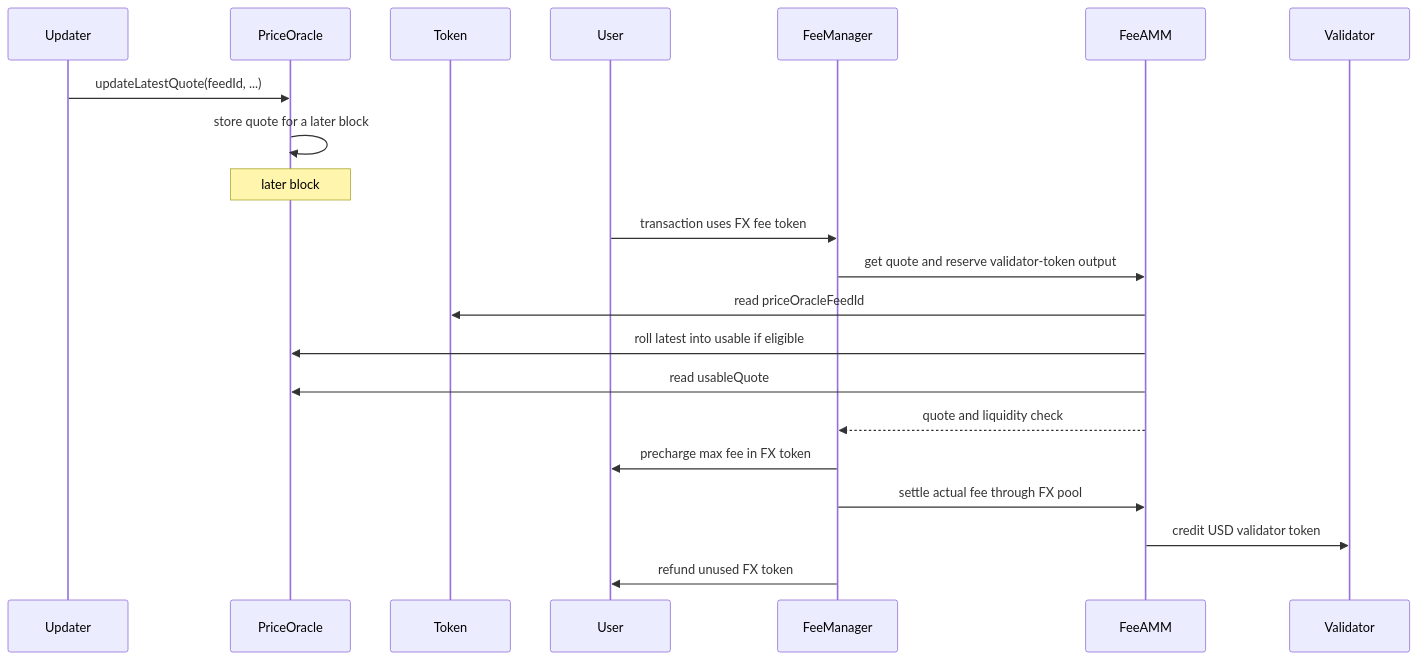
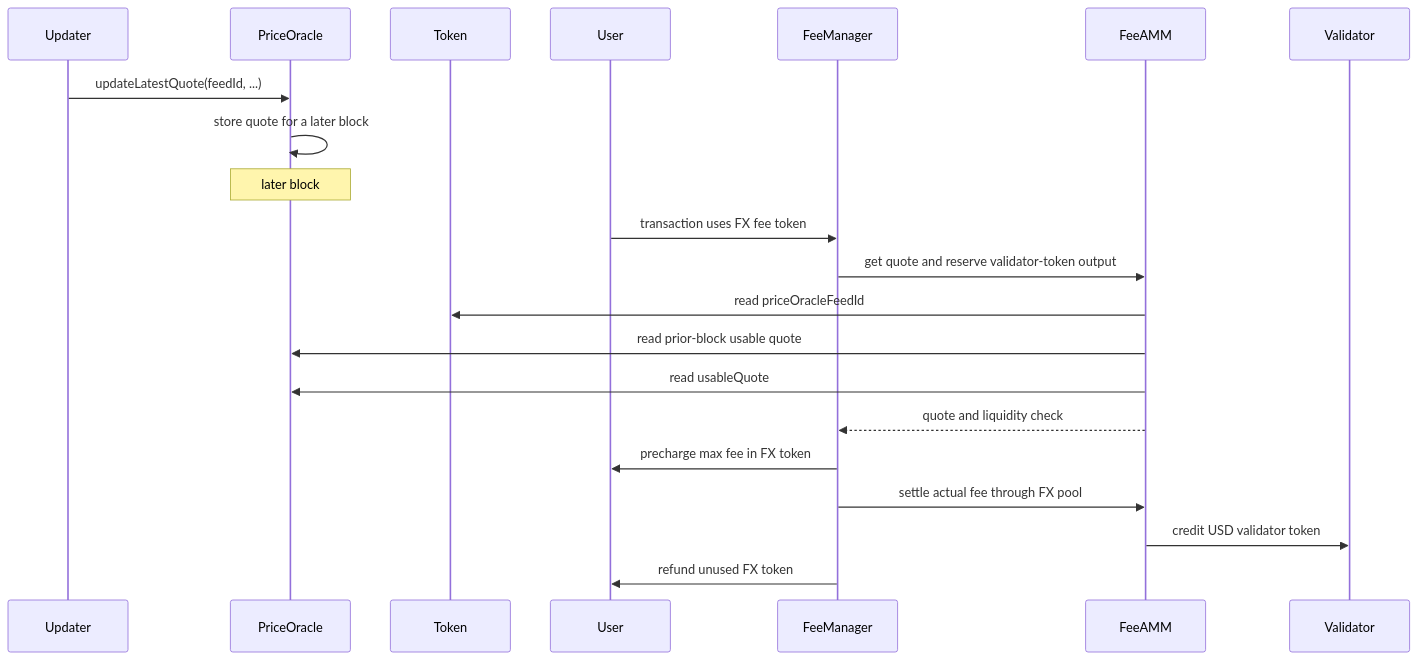
One commit to tempoxyz/tempo changed the diagram in tips/tip-1054.md. Above: the diagram before and after it, drawn with Mermaid. The commit also changed other lines of this file, not shown here.

Commit message:
docs(tip-1054): address oracle feed feedback

````diff
--- a/tips/tip-1054.md
+++ b/tips/tip-1054.md
@@ -38,24 +38,24 @@
 ```mermaid
 sequenceDiagram
     participant Updater
     participant PriceOracle
     participant Token
     participant User
     participant FeeManager
     participant FeeAMM
     participant Validator
 
     Updater->>PriceOracle: updateLatestQuote(feedId, ...)
     PriceOracle->>PriceOracle: store quote for a later block
     Note over PriceOracle: later block
     User->>FeeManager: transaction uses FX fee token
     FeeManager->>FeeAMM: get quote and reserve validator-token output
     FeeAMM->>Token: read priceOracleFeedId
-    FeeAMM->>PriceOracle: roll latest into usable if eligible
+    FeeAMM->>PriceOracle: read prior-block usable quote
     FeeAMM->>PriceOracle: read usableQuote
     FeeAMM-->>FeeManager: quote and liquidity check
     FeeManager->>User: precharge max fee in FX token
     FeeManager->>FeeAMM: settle actual fee through FX pool
     FeeAMM->>Validator: credit USD validator token
     FeeManager->>User: refund unused FX token
 ```
````
